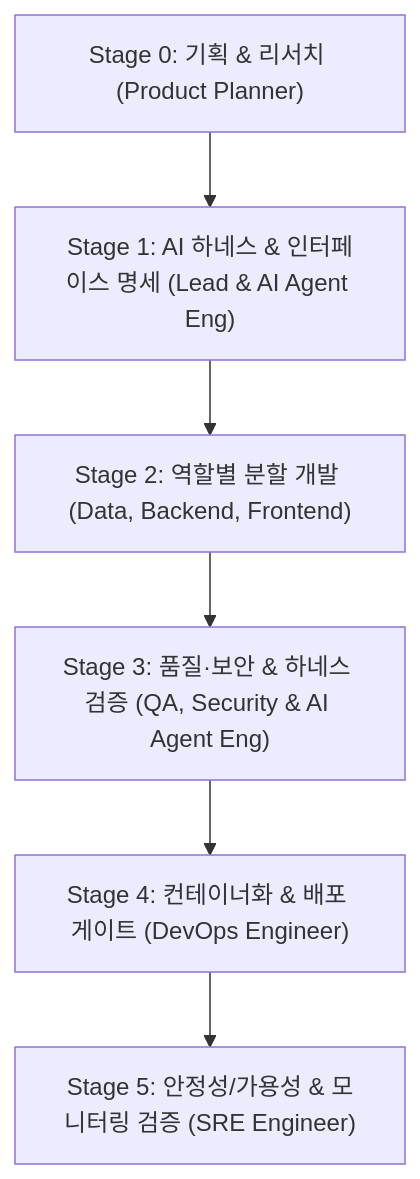
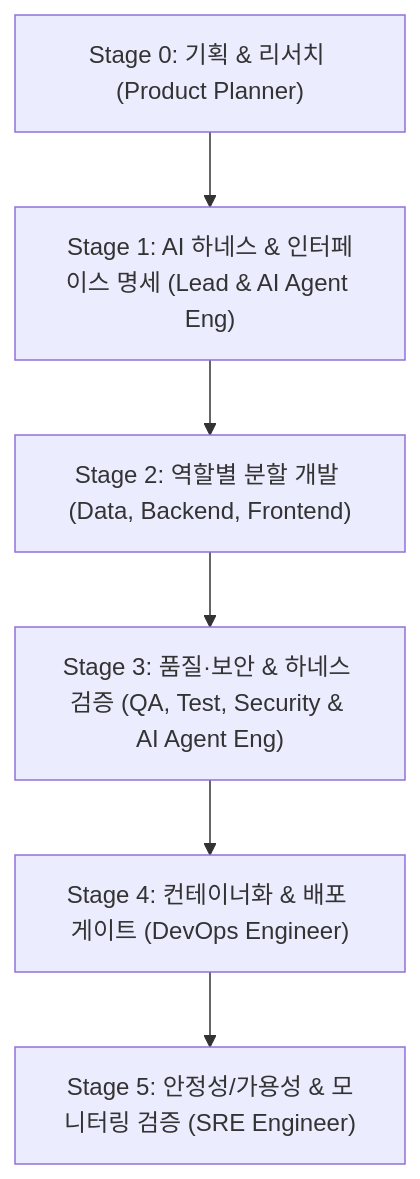
Before and after one commit to DongJinNam/dev-team-skills: the diagram in skills/SKILL.md, drawn with Mermaid. The commit also changed other lines of this file and 19 other files, not shown here.

````diff
--- a/skills/SKILL.md
+++ b/skills/SKILL.md
@@ -55,8 +58,8 @@
 ```mermaid
 flowchart TD
     S0["Stage 0: 기획 & 리서치 (Product Planner)"] --> S1["Stage 1: AI 하네스 & 인터페이스 명세 (Lead & AI Agent Eng)"]
     S1 --> S2["Stage 2: 역할별 분할 개발 (Data, Backend, Frontend)"]
-    S2 --> S3["Stage 3: 품질·보안 & 하네스 검증 (QA, Security & AI Agent Eng)"]
+    S2 --> S3["Stage 3: 품질·보안 & 하네스 검증 (QA, Test, Security & AI Agent Eng)"]
     S3 --> S4["Stage 4: 컨테이너화 & 배포 게이트 (DevOps Engineer)"]
     S4 --> S5["Stage 5: 안정성/가용성 & 모니터링 검증 (SRE Engineer)"]
 ```
````
